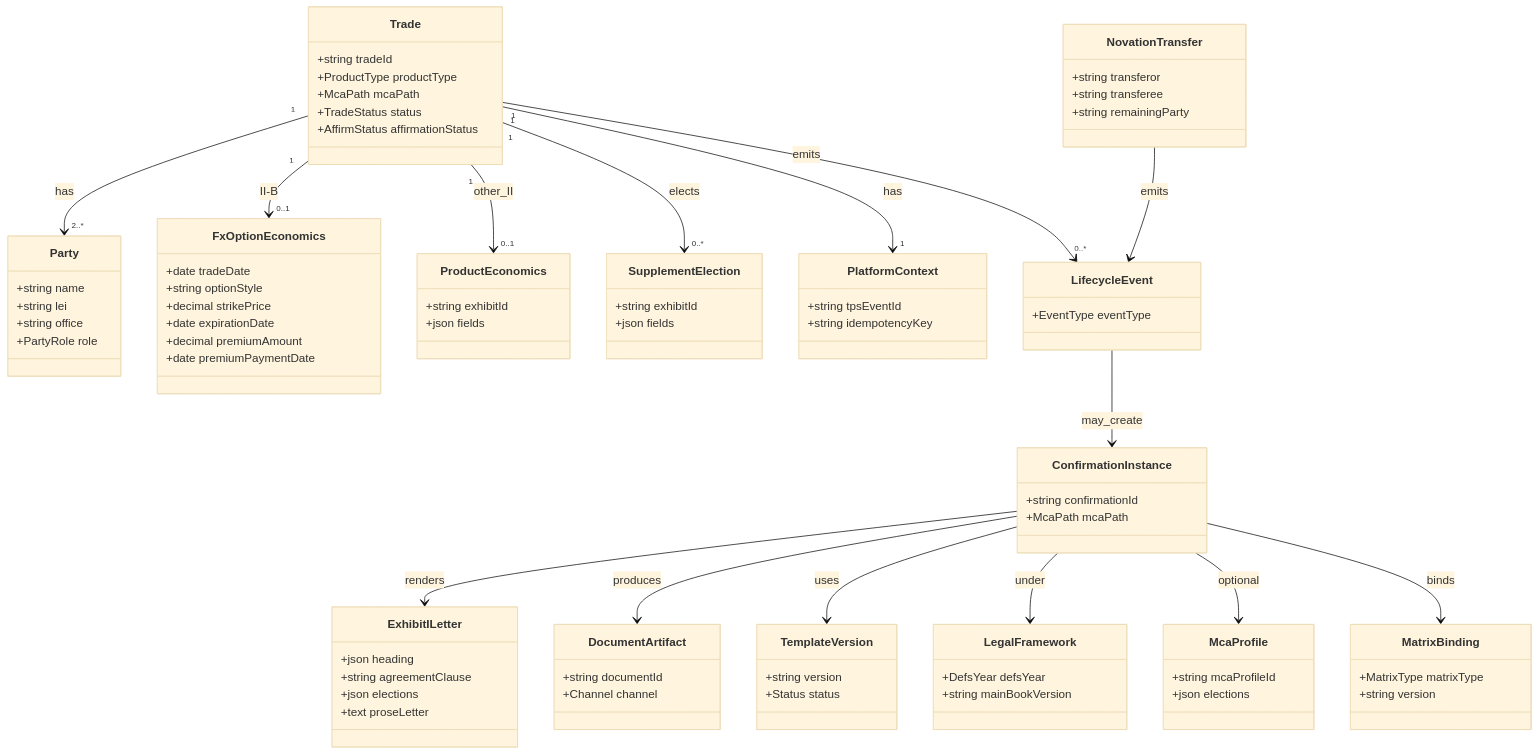
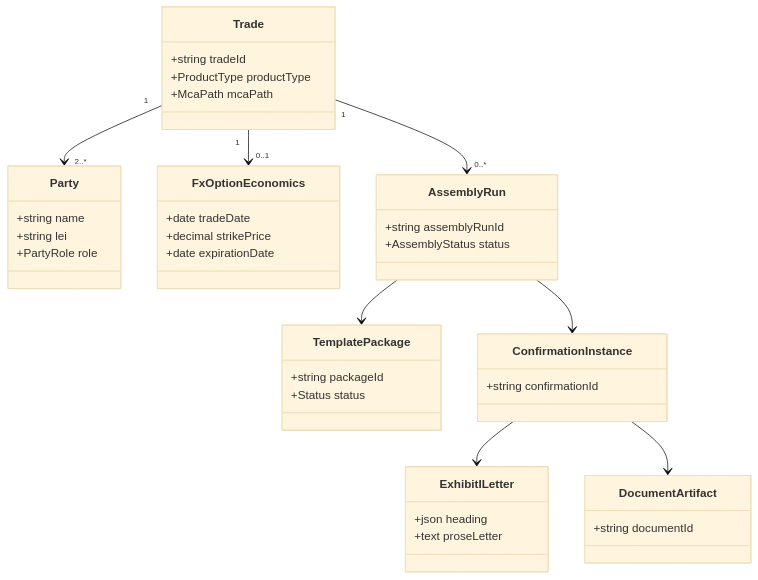
Diagram 15 of 15 in docs/prd-cdu-ps-v1.md (dae-nan/con4m8ions), drawn with Mermaid (base theme) before and after one commit. The commit also changed other lines of this file and 6 other files, not shown here.

First line of the commit message:
PRD v1.3: target arch, DDD, timeline, TemplatePackage LDM

````diff
--- a/docs/prd-cdu-ps-v1.md
+++ b/docs/prd-cdu-ps-v1.md
@@ -628,86 +749,40 @@
     +string tradeId
     +ProductType productType
     +McaPath mcaPath
-    +TradeStatus status
-    +AffirmStatus affirmationStatus
   }
   class Party {
     +string name
     +string lei
-    +string office
     +PartyRole role
   }
   class FxOptionEconomics {
     +date tradeDate
-    +string optionStyle
     +decimal strikePrice
     +date expirationDate
-    +decimal premiumAmount
-    +date premiumPaymentDate
   }
-  class ProductEconomics {
-    +string exhibitId
-    +json fields
+  class TemplatePackage {
+    +string packageId
+    +Status status
+  }
+  class AssemblyRun {
+    +string assemblyRunId
+    +AssemblyStatus status
   }
   class ExhibitILetter {
     +json heading
-    +string agreementClause
-    +json elections
     +text proseLetter
   }
   class ConfirmationInstance {
     +string confirmationId
-    +McaPath mcaPath
   }
   class DocumentArtifact {
     +string documentId
-    +Channel channel
   }
-  class LegalFramework {
-    +DefsYear defsYear
-    +string mainBookVersion
-  }
-  class McaProfile {
-    +string mcaProfileId
-    +json elections
-  }
-  class MatrixBinding {
-    +MatrixType matrixType
-    +string version
-  }
-  class TemplateVersion {
-    +string version
-    +Status status
-  }
-  class SupplementElection {
-    +string exhibitId
-    +json fields
-  }
-  class NovationTransfer {
-    +string transferor
-    +string transferee
-    +string remainingParty
-  }
-  class PlatformContext {
-    +string tpsEventId
-    +string idempotencyKey
-  }
-  class LifecycleEvent {
-    +EventType eventType
-  }
-
-  Trade "1" --> "2..*" Party : has
-  Trade "1" --> "0..1" FxOptionEconomics : II-B
-  Trade "1" --> "0..1" ProductEconomics : other_II
-  Trade "1" --> "0..*" SupplementElection : elects
-  Trade "1" --> "0..*" LifecycleEvent : emits
-  Trade "1" --> "1" PlatformContext : has
-  LifecycleEvent --> ConfirmationInstance : may_create
-  ConfirmationInstance --> ExhibitILetter : renders
-  ConfirmationInstance --> DocumentArtifact : produces
-  ConfirmationInstance --> TemplateVersion : uses
-  ConfirmationInstance --> LegalFramework : under
-  ConfirmationInstance --> McaProfile : optional
-  ConfirmationInstance --> MatrixBinding : binds
-  NovationTransfer --> LifecycleEvent : emits
+  Trade "1" --> "2..*" Party
+  Trade "1" --> "0..1" FxOptionEconomics
+  Trade "1" --> "0..*" AssemblyRun
+  AssemblyRun --> TemplatePackage
+  AssemblyRun --> ConfirmationInstance
+  ConfirmationInstance --> ExhibitILetter
+  ConfirmationInstance --> DocumentArtifact
 ```
````
